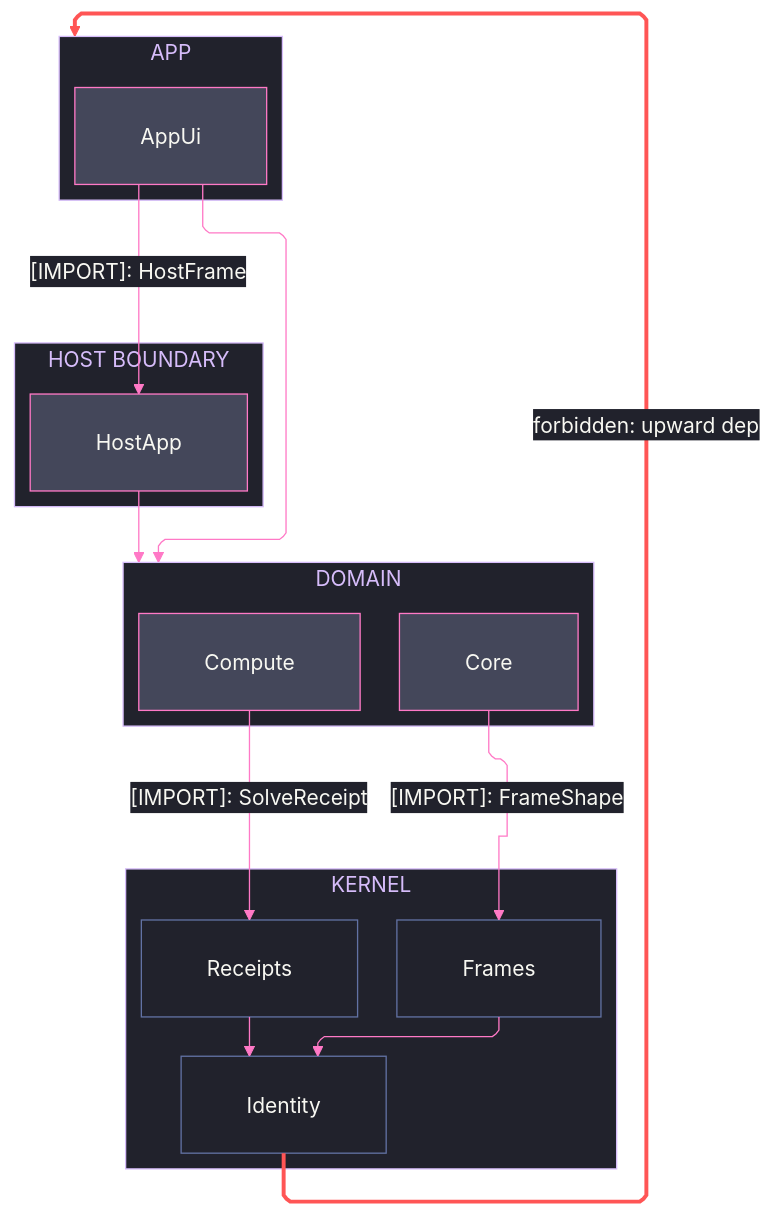
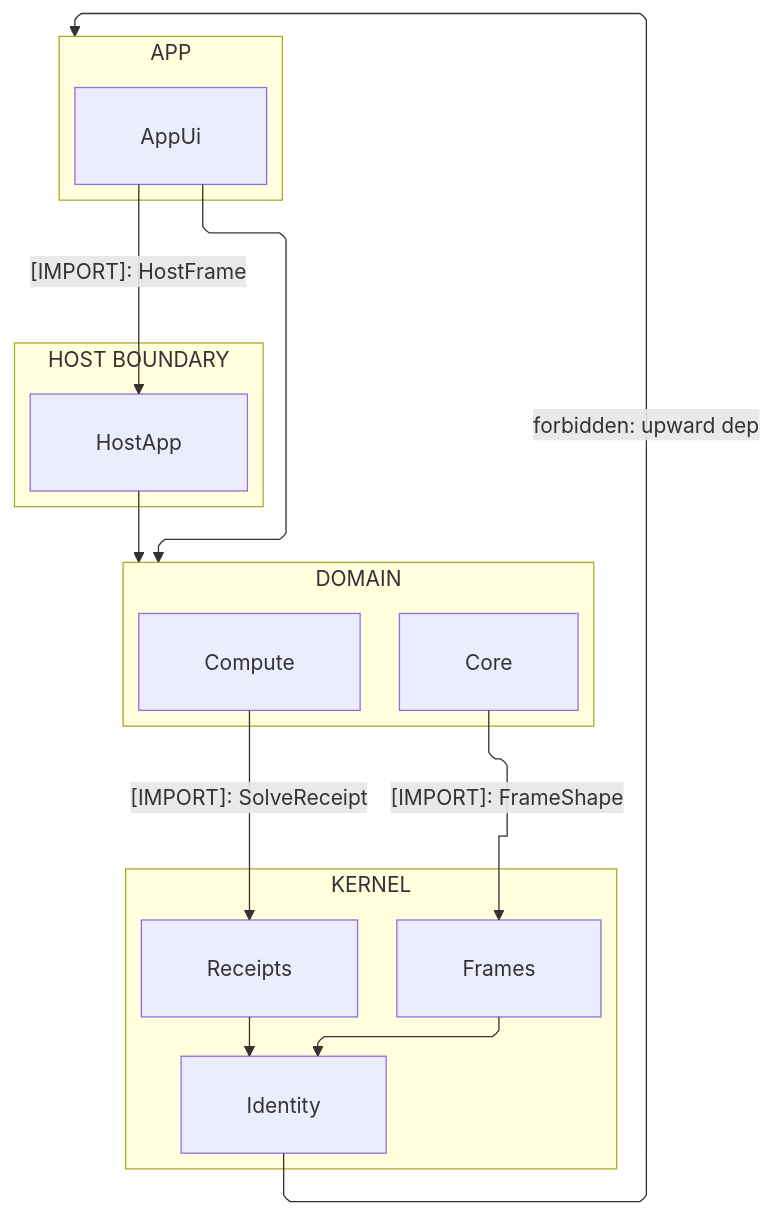
Before and after one commit to bsamiee/Rasm: the diagram in .claude/skills/mermaid-diagramming/templates/strata.mmd.md, drawn with Mermaid. The commit also changed other lines of this file and 28 other files, not shown here.

Commit message:
skills(docgen+mermaid): payload-only diagram law — docgen gate/fixer strips fence styling; mermaid bundle sheds the styling canon, theming survives as one opt-in reference

````diff
--- a/.claude/skills/mermaid-diagramming/templates/strata.mmd.md
+++ b/.claude/skills/mermaid-diagramming/templates/strata.mmd.md
@@ -5,62 +5,35 @@
 ```mermaid
 ---
 config:
-  theme: base
-  look: classic
   layout: elk
   flowchart:
     curve: linear
     padding: 25
-  themeVariables:
-    darkMode: true
-    fontFamily: "SF Mono, Menlo, Cascadia Mono, Segoe UI Mono, Consolas, monospace"
-    useGradient: false
-    dropShadow: "none"
-    background: "#282A36"
-    primaryColor: "#44475A"
-    primaryTextColor: "#F8F8F2"
-    primaryBorderColor: "#BD93F9"
-    lineColor: "#FF79C6"
-    textColor: "#F8F8F2"
-    clusterBkg: "#21222C"
-    clusterBorder: "#D6BCFA"
-    edgeLabelBackground: "#21222C"
-    labelBackgroundColor: "#21222C"
-    titleColor: "#D6BCFA"
-  themeCSS: ".nodeLabel{font-size:13px;font-weight:500}.edgeLabel{font-size:12px;font-weight:500}.cluster-label .nodeLabel{font-size:13.5px;font-weight:700;letter-spacing:.08em}.edge-thickness-normal{stroke-width:2px}.edge-thickness-thick{stroke-width:3px}.edge-pattern-dashed,.edge-pattern-dotted{stroke-width:1.5px;stroke-dasharray:4 6}.node rect,.node circle,.node polygon,.node path,.node .outer-path{stroke-width:1.5px;filter:none!important}.cluster rect{stroke-width:1px!important;stroke-dasharray:5 4!important;filter:none!important}.marker path{transform:scale(.8);transform-origin:5px 5px}.marker circle{transform:scale(.48);transform-origin:5px 5px}.edgeLabel rect{transform-box:fill-box;transform-origin:center;transform:scale(1.1,1.2)}"
 ---
 flowchart TB
     accTitle: Package stratum law
-    accDescr: Four stacked strata from app through host boundary and domain onto a member-resolved kernel, downward-only import edges naming one sourced type each, cluster-target edges landing on layer boundaries, and one forbidden upward edge styled red.
+    accDescr: Four stacked strata from app through host boundary and domain onto a member-resolved kernel, downward-only import edges naming one sourced type each, cluster-target edges landing on layer boundaries, and one labeled forbidden upward edge.
     subgraph L4[APP]
         App[AppUi]
     end
     subgraph L3[HOST BOUNDARY]
         Host[HostApp]
     end
     subgraph L2[DOMAIN]
         Core[Core]
         Compute[Compute]
     end
     subgraph L1[KERNEL]
         Frames[Frames]
         Identity[Identity]
         Receipts[Receipts]
     end
     App e1@-->|"[IMPORT]: HostFrame"| Host
     Host e2@--> L2
     App e3@--> L2
     Core e4@-->|"[IMPORT]: FrameShape"| Frames
     Compute e5@-->|"[IMPORT]: SolveReceipt"| Receipts
     Frames r1@--> Identity
     Receipts r2@--> Identity
     Identity f1@-->|"forbidden: upward dep"| L4
-    class e1,e2,e3,e4,e5,r1,r2 edgeControl
-    class f1 edgeError
-    classDef primary fill:#44475A,stroke:#FF79C6,color:#F8F8F2
-    classDef recessed fill:#21222C,stroke:#6272A4,color:#F8F8F2
-    classDef edgeControl stroke:#FF79C6,color:#F8F8F2
-    classDef edgeError stroke:#FF5555,stroke-width:3px,color:#F8F8F2
-    class App,Host,Core,Compute primary
-    class Frames,Identity,Receipts recessed
 ```
````
